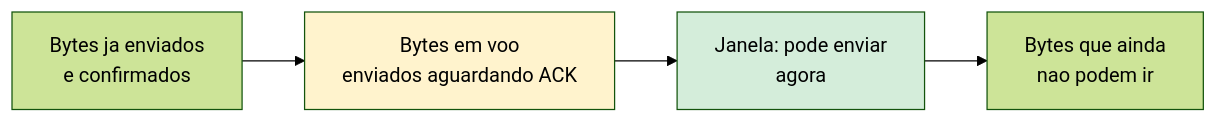
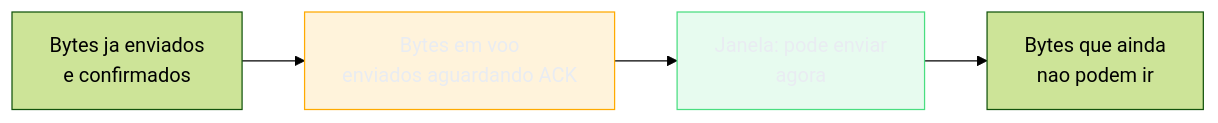
One commit to josenaldo/codex-technomanticus changed the second of 7 diagrams in 03-Dominios/Ciência/Redes e Protocolos/02 - TCP.md. Above: the diagram before and after it, drawn with Mermaid (forest theme). The commit also changed other lines of this file and 1181 other files, not shown here.

First line of the commit message:
fix(diagramas): paleta do sistema no lugar de cor cravada no markdown

````diff
--- a/03-Dominios/Ciência/Redes e Protocolos/02 - TCP.md
+++ b/03-Dominios/Ciência/Redes e Protocolos/02 - TCP.md
@@ -77,8 +77,10 @@
 ```mermaid
 flowchart LR
+    classDef destaque fill:#FFAA0024,stroke:#FFAA00,color:#E9ECF2
+    classDef ok fill:#4ADE8021,stroke:#4ADE80,color:#E9ECF2
     A["Bytes ja enviados<br/>e confirmados"] --> B["Bytes em voo<br/>enviados aguardando ACK"]
     B --> C["Janela: pode enviar<br/>agora"]
     C --> D["Bytes que ainda<br/>nao podem ir"]
-    style B fill:#fff3cd
-    style C fill:#d4edda
+    class B destaque
+    class C ok
 ```
````
